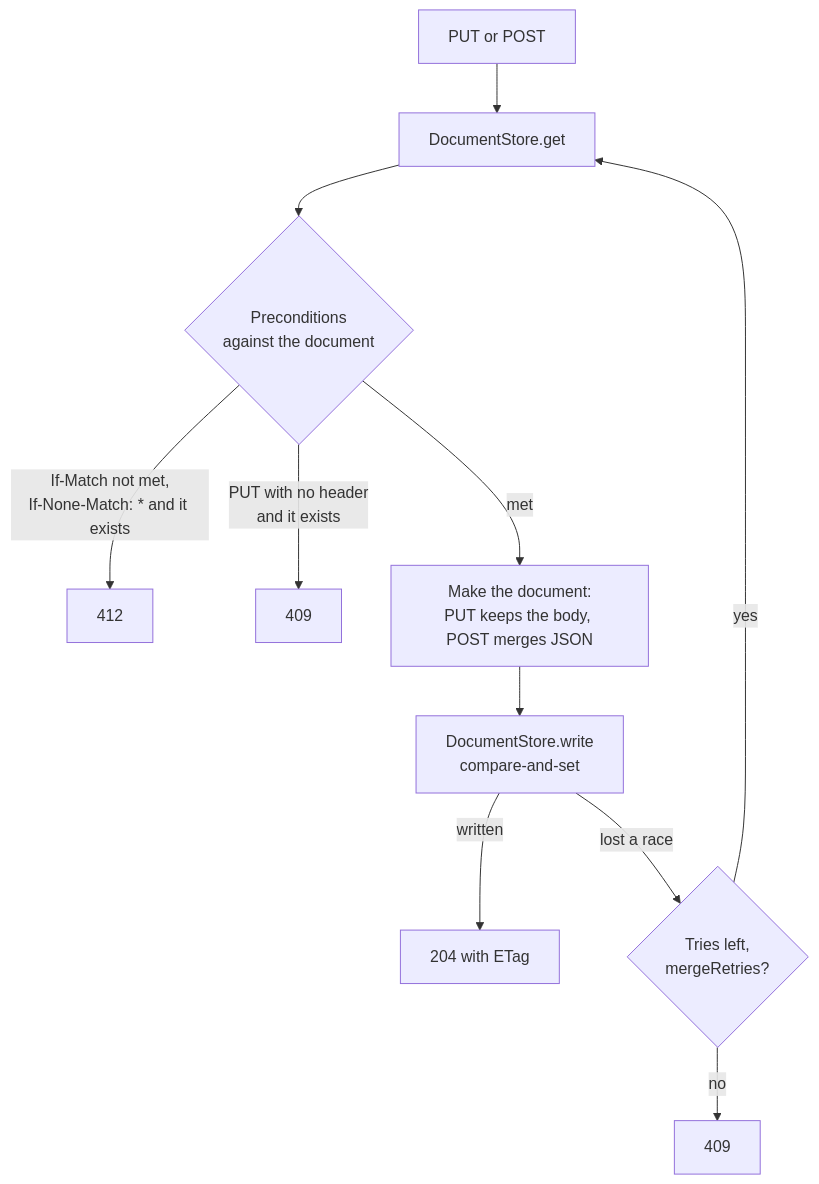
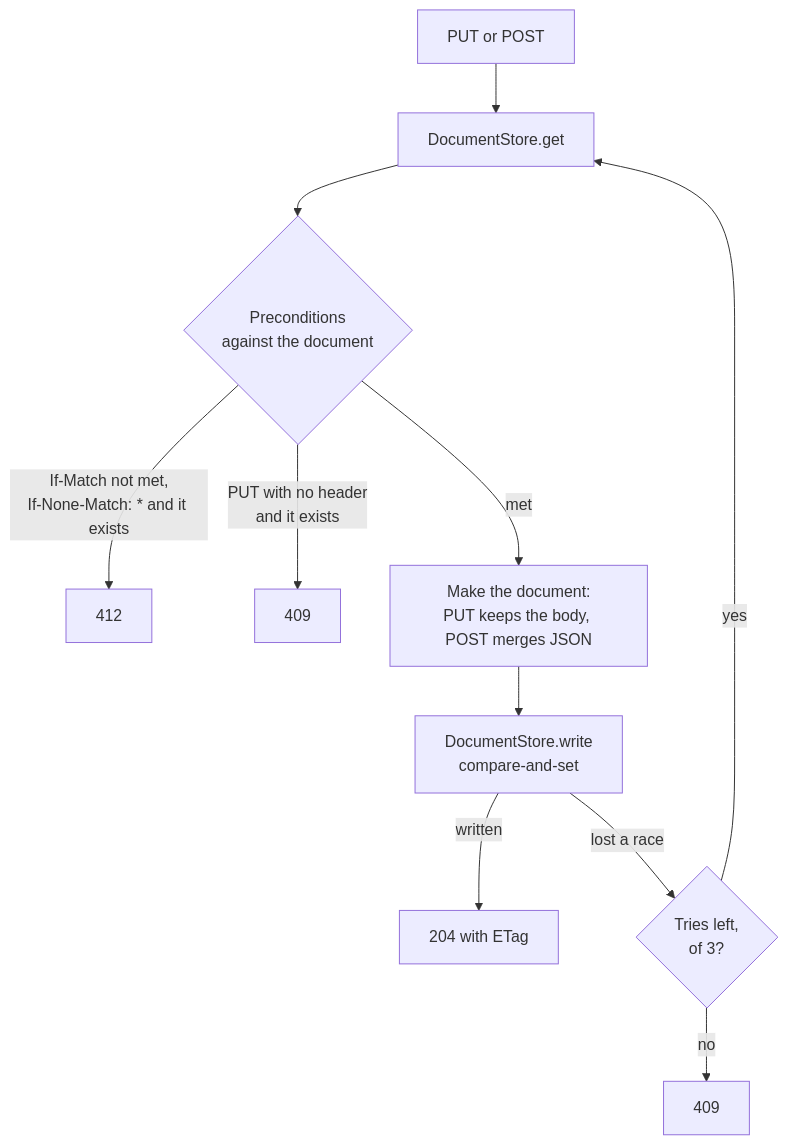
The second of 2 diagrams in docs/learning-records/store.md (interopkit/interopkit), drawn with Mermaid before and after one commit. The commit also changed other lines of this file and 18 other files, not shown here.

First line of the commit message:
Make the retries after a lost race named constants, where two options only the tests set were

````diff
--- a/docs/learning-records/store.md
+++ b/docs/learning-records/store.md
@@ -219,13 +219,13 @@
 ```mermaid
 flowchart TD
   write["PUT or POST"] --> read["DocumentStore.get"]
   read --> judge{"Preconditions<br/>against the document"}
   judge -->|"If-Match not met,<br/>If-None-Match: * and it exists"| r412["412"]
   judge -->|"PUT with no header<br/>and it exists"| r409["409"]
   judge -->|"met"| make["Make the document:<br/>PUT keeps the body, POST merges JSON"]
   make --> cas["DocumentStore.write<br/>compare-and-set"]
   cas -->|"written"| r204["204 with ETag"]
-  cas -->|"lost a race"| again{"Tries left,<br/>mergeRetries?"}
+  cas -->|"lost a race"| again{"Tries left,<br/>of 3?"}
   again -->|"yes"| read
   again -->|"no"| r409b["409"]
 ```
````
